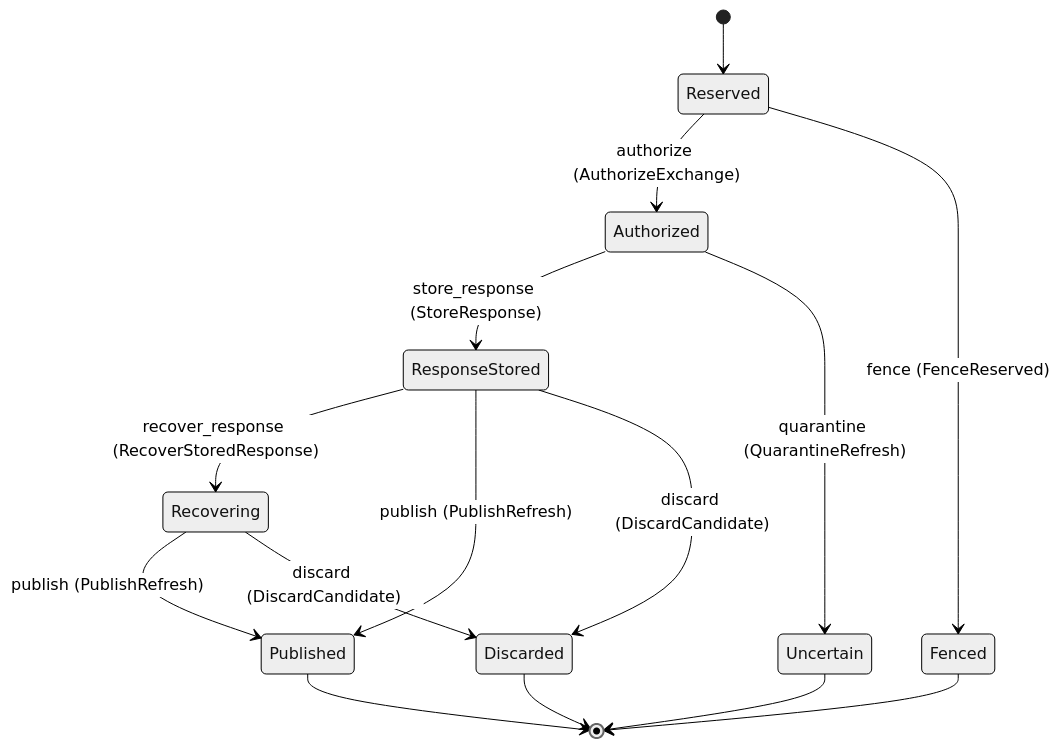
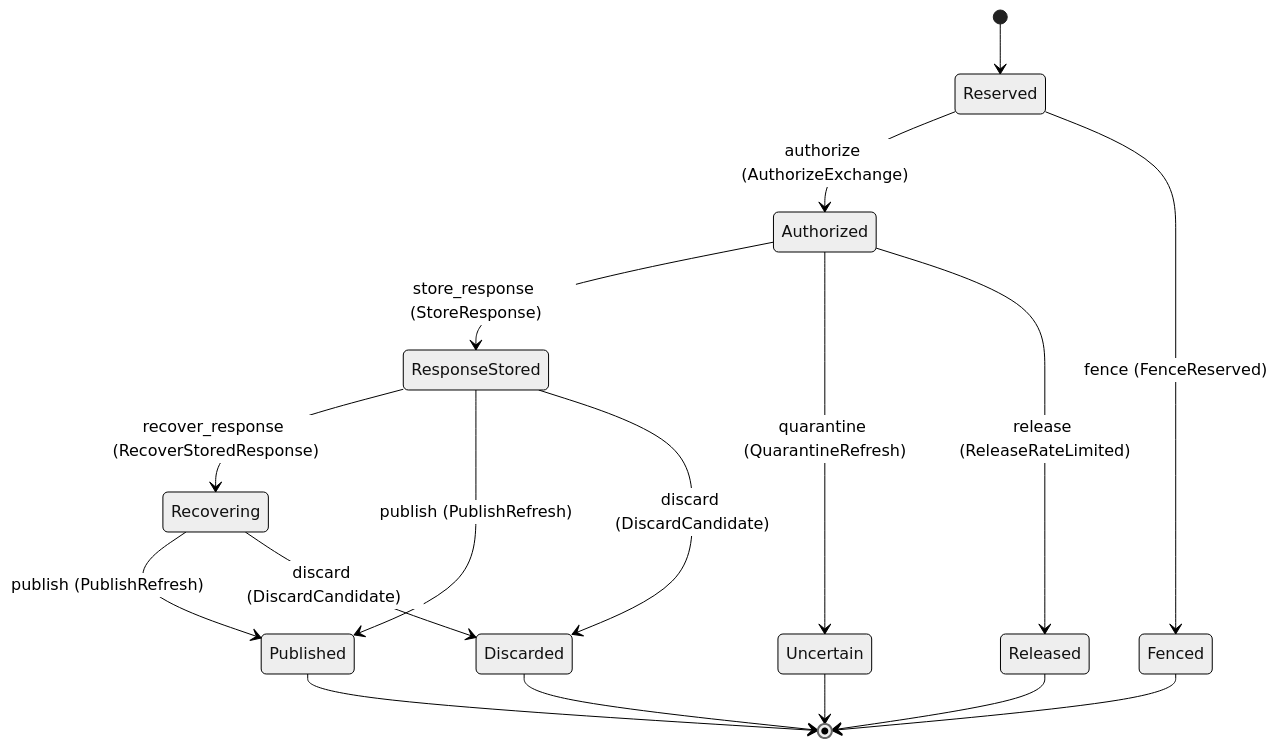
Before and after one commit to beyond10x/connectors: the diagram in website/docs/reference/contracts/model/domains/connectors-refresh.md, drawn with Mermaid (neutral theme). The commit also changed other lines of this file and 41 other files, not shown here.

````diff
--- a/website/docs/reference/contracts/model/domains/connectors-refresh.md
+++ b/website/docs/reference/contracts/model/domains/connectors-refresh.md
@@ -86,17 +86,19 @@
 ```mermaid
 stateDiagram-v2
     [*] --> Reserved
     Reserved --> Authorized: authorize (AuthorizeExchange)
     Reserved --> Fenced: fence (FenceReserved)
     Authorized --> ResponseStored: store_response (StoreResponse)
     Authorized --> Uncertain: quarantine (QuarantineRefresh)
+    Authorized --> Released: release (ReleaseRateLimited)
     ResponseStored --> Recovering: recover_response (RecoverStoredResponse)
     Recovering --> Published: publish (PublishRefresh)
     ResponseStored --> Published: publish (PublishRefresh)
     Recovering --> Discarded: discard (DiscardCandidate)
     ResponseStored --> Discarded: discard (DiscardCandidate)
     Discarded --> [*]
     Fenced --> [*]
     Published --> [*]
+    Released --> [*]
     Uncertain --> [*]
 ```
````
